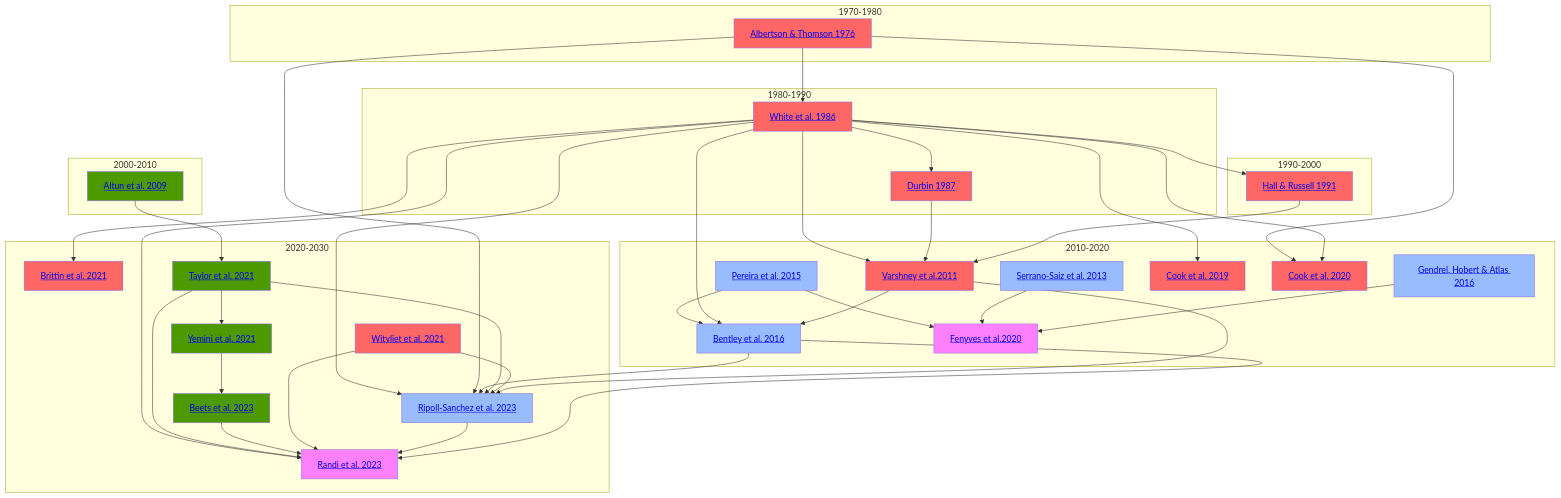
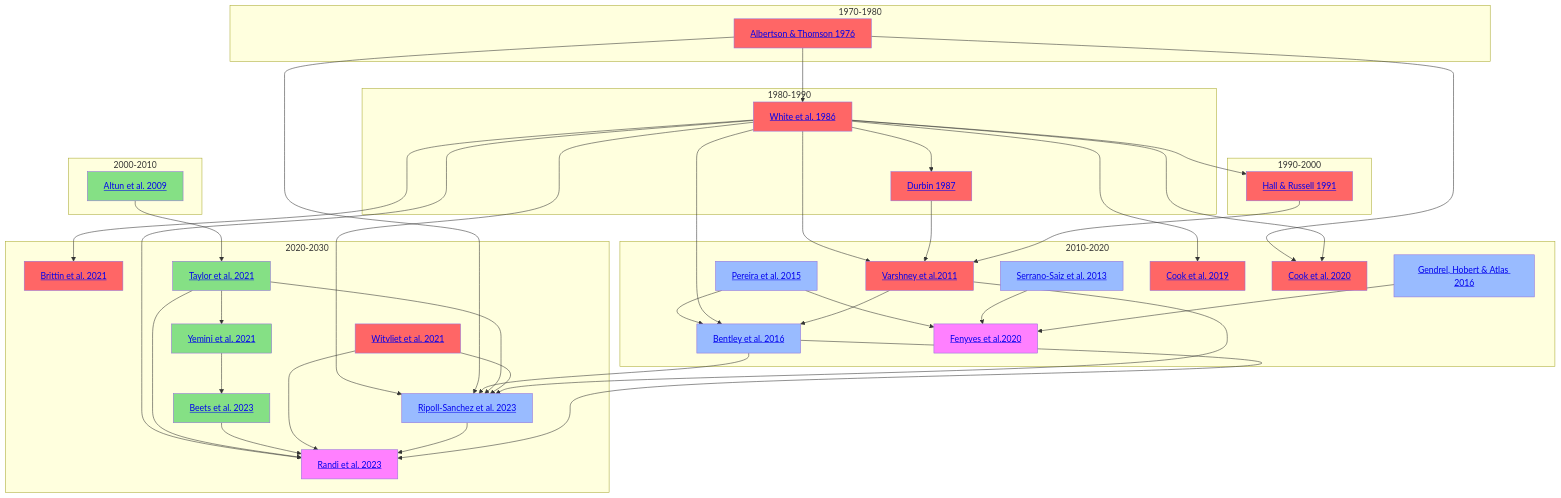
One commit to yasinthanvickneswaran/mermaidtest changed the diagram in Timeline.md. Above: the diagram before and after it, drawn with Mermaid.

````diff
--- a/Timeline.md
+++ b/Timeline.md
@@ -1,67 +1,67 @@
 ```mermaid
 flowchart TD
     classDef anat fill:#ff6666
-    classDef gene fill:#4d9900
+    classDef gene fill:#85e085
     classDef es fill:#99bbff
     classDef func fill:#ff80ff
 
 
     subgraph 1970-1980
     A1[<a href='https://github.com/yasinthanvickneswaran/ConnectomeToolbox/blob/main/docs/Albertson_Thompson_1976.md' >Albertson & Thomson 1976</a>]:::anat
     end
     subgraph 1980-1990
     A[<a href='https://github.com/yasinthanvickneswaran/ConnectomeToolbox/blob/main/docs/White_1986.md' >White et al. 1986</a>]:::anat & B[<a href='https://github.com/yasinthanvickneswaran/ConnectomeToolbox/blob/main/docs/Durbin_1987.md' >Durbin 1987</a>]:::anat
     end
 
     subgraph 1990-2000
     A2[<a href='https://github.com/yasinthanvickneswaran/ConnectomeToolbox/blob/main/docs/Hall_1991.md' >Hall & Russell 1991</a>]:::anat
     end
 
     subgraph 2000-2010
     C[<a href='https://github.com/yasinthanvickneswaran/ConnectomeToolbox/blob/main/docs/Altun_2009.md' >Altun et al. 2009</a>]:::gene 
     end
 
     subgraph 2010-2020
     D[<a href='https://github.com/yasinthanvickneswaran/ConnectomeToolbox/blob/main/docs/Varshney_2011.md' >Varshney et al.2011</a>]:::anat & E[<a href='https://github.com/yasinthanvickneswaran/ConnectomeToolbox/blob/main/docs/Pereira_2015.md' >Pereira et al. 2015</a>]:::es & E1[<a href='https://github.com/yasinthanvickneswaran/ConnectomeToolbox/blob/main/docs/Serrano_2013.md' >Serrano-Saiz et al. 2013</a>]:::es  & E2[<a href='https://github.com/yasinthanvickneswaran/ConnectomeToolbox/blob/main/docs/Gendrel_2016.md' >Gendrel, Hobert & Atlas 2016</a>]:::es & F[<a href='https://github.com/yasinthanvickneswaran/ConnectomeToolbox/blob/main/docs/Bentley_2016.md' >Bentley et al. 2016 </a>]:::es & G[<a href='https://github.com/yasinthanvickneswaran/ConnectomeToolbox/blob/main/docs/Cook_2019.md' >Cook et al. 2019</a>]:::anat & H[<a href='https://github.com/yasinthanvickneswaran/ConnectomeToolbox/blob/main/docs/Fenyves_2020.md' >Fenyves et al.2020</a>]:::func & I[<a href='https://github.com/yasinthanvickneswaran/ConnectomeToolbox/blob/main/docs/Cook_2020.md' >Cook et al. 2020</a>]:::anat
     end
 
     subgraph 2020-2030
     J[<a href='https://github.com/yasinthanvickneswaran/ConnectomeToolbox/blob/main/docs/Brittin_2021.md' >Brittin et al. 2021</a>]:::anat & K[<a href='https://github.com/yasinthanvickneswaran/ConnectomeToolbox/blob/main/docs/Witvliet_2021.md' >Witvliet et al. 2021</a>]:::anat & L[<a href='https://github.com/yasinthanvickneswaran/ConnectomeToolbox/blob/main/docs/Taylor_2021.md' >Taylor et al. 2021</a>]:::gene & M[<a href='https://github.com/yasinthanvickneswaran/ConnectomeToolbox/blob/main/docs/Yemini_2021.md' >Yemini et al. 2021</a>]:::gene & N[<a href='https://github.com/yasinthanvickneswaran/ConnectomeToolbox/blob/main/docs/Beets_2023.md' >Beets et al. 2023</a>]:::gene & P[<a href='https://github.com/yasinthanvickneswaran/ConnectomeToolbox/blob/main/docs/Randi_2023.md' >Randi et al. 2023</a>]:::func & NP[<a href='https://github.com/yasinthanvickneswaran/ConnectomeToolbox/blob/main/docs/Ripoll_2023.md' >Ripoll-Sanchez et al. 2023</a>]:::es
     end     
 
 
     E --> H
     E1 --> H
     E2 --> H
     E --> F
     C --> L
     L --> M
     M --> N
     A --> B
     A1 --> A
     A1 --> I
     A  --> A2
     A --> D
     B --> D
     A2 --> D
     A --> G
     A --> I
     A --> J
     A --> F
     D --> F
     A --> NP
     A1 --> NP
     F --> NP
     L --> NP
     K --> NP
     D --> NP
     A --> P
     L --> P
     N --> P
     K --> P
     NP --> P
     F --> P
 
     
     
 ```
````
